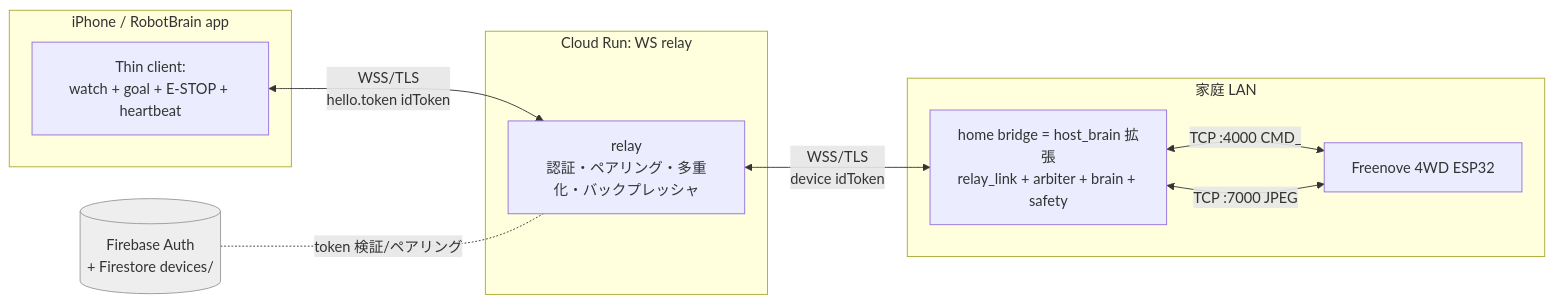
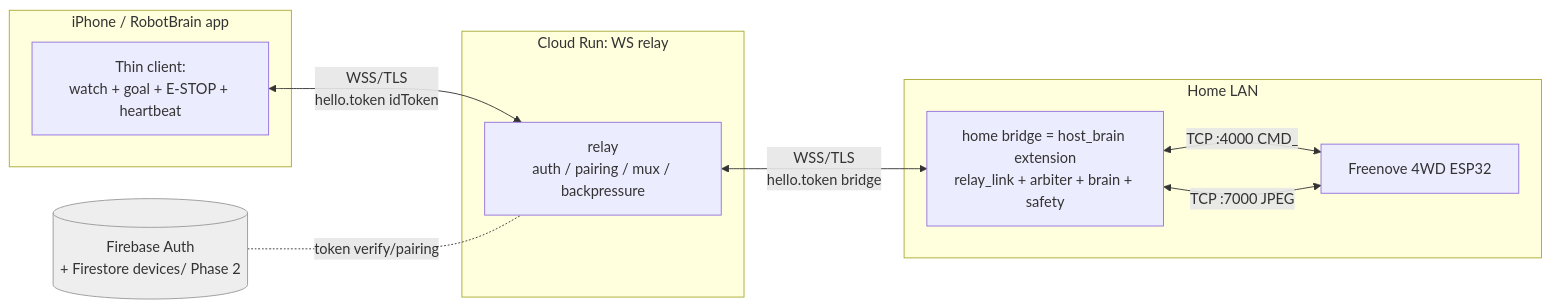
One commit to xingyangJP/esp32-ai-robot changed the diagram in REMOTE.md. Above: the diagram before and after it, drawn with Mermaid. The commit also changed other lines of this file and 4 other files, not shown here.

````diff
--- a/REMOTE.md
+++ b/REMOTE.md
@@ -128,19 +130,19 @@
 ```mermaid
 flowchart LR
   subgraph Phone[iPhone / RobotBrain app]
     UI[Thin client:<br/>watch + goal + E-STOP + heartbeat]
   end
   subgraph Cloud[Cloud Run: WS relay]
-    R[relay<br/>認証・ペアリング・多重化・バックプレッシャ]
+    R[relay<br/>auth / pairing / mux / backpressure]
   end
-  subgraph Home[家庭 LAN]
-    B[home bridge = host_brain 拡張<br/>relay_link + arbiter + brain + safety]
+  subgraph Home[Home LAN]
+    B[home bridge = host_brain extension<br/>relay_link + arbiter + brain + safety]
     Car[Freenove 4WD ESP32]
   end
   UI <-- WSS/TLS<br/>hello.token idToken --> R
-  R <-- WSS/TLS<br/>device idToken --> B
+  R <-- WSS/TLS<br/>hello.token bridge --> B
   B <-- TCP :4000 CMD_ --> Car
   B <-- TCP :7000 JPEG --> Car
-  FB[(Firebase Auth<br/>+ Firestore devices/)]:::ext -.token 検証/ペアリング.- R
+  FB[(Firebase Auth<br/>+ Firestore devices/ Phase 2)]:::ext -.token verify/pairing.- R
   classDef ext fill:#eee,stroke:#999;
 ```
````
